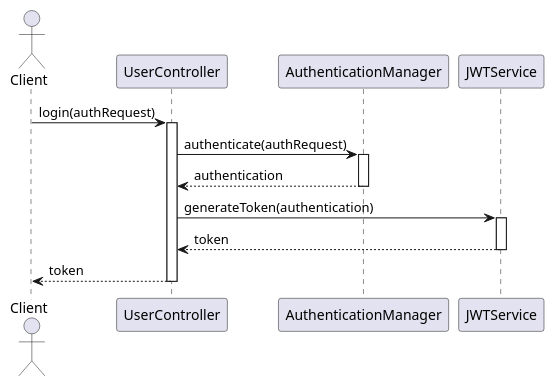
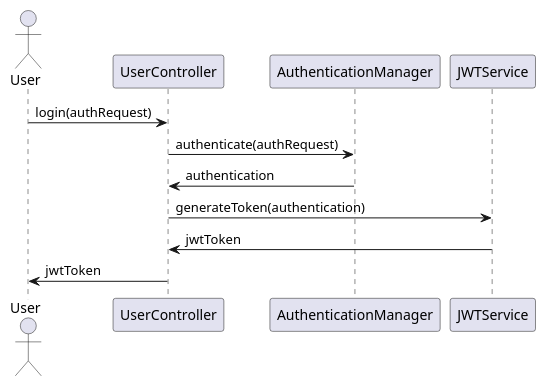
One commit to Dinesh-s95/AutoDoc.ai changed the second of 4 diagrams in identityprovider/documentation/detaileddesign.adoc. Above: the diagram before and after it, drawn with PlantUML. The commit also changed other lines of this file and 15 other files, not shown here.

````diff
--- a/identityprovider/documentation/detaileddesign.adoc
+++ b/identityprovider/documentation/detaileddesign.adoc
@@ -221,26 +148,16 @@
-```plantuml
+[plantuml, authentication-sequence, png]
+----
 @startuml
-actor Client
+actor User
 participant UserController
 participant AuthenticationManager
 participant JWTService
 
-Client -> UserController : login(authRequest)
-activate UserController
-
+User -> UserController : login(authRequest)
 UserController -> AuthenticationManager : authenticate(authRequest)
-activate AuthenticationManager
-
-AuthenticationManager --> UserController : authentication
-deactivate AuthenticationManager
-
+AuthenticationManager -> UserController : authentication
 UserController -> JWTService : generateToken(authentication)
-activate JWTService
-
-JWTService --> UserController : token
-deactivate JWTService
-
-UserController --> Client : token
-deactivate UserController
+JWTService -> UserController : jwtToken
+UserController -> User : jwtToken
 @enduml
-```
+----
````
